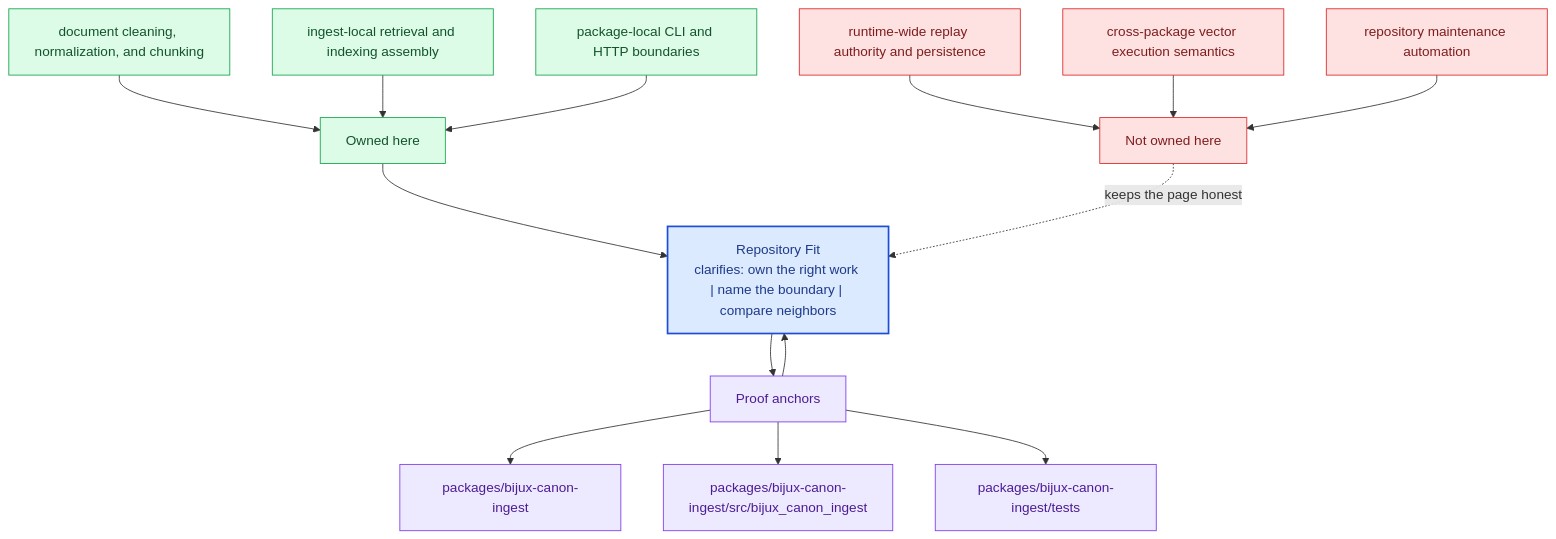
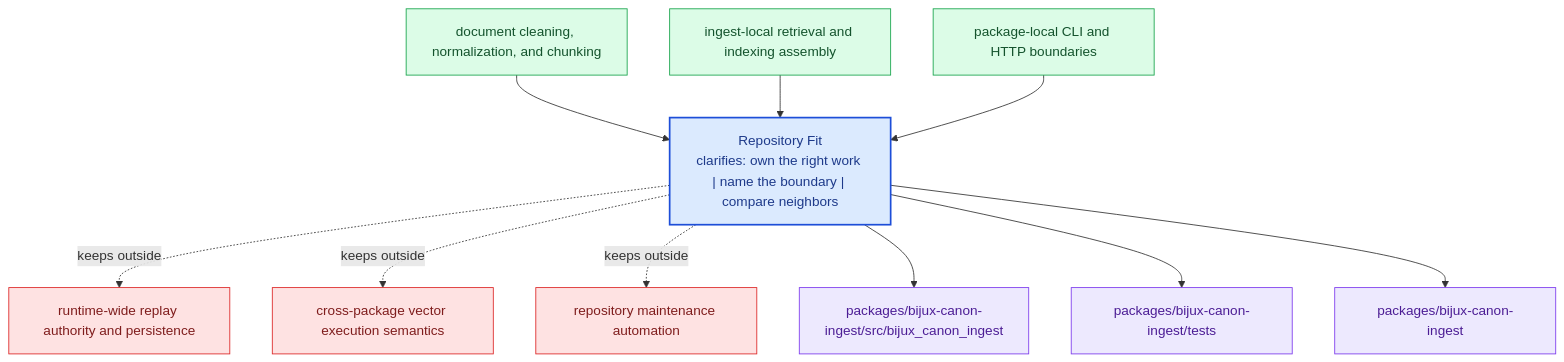
One commit to bijux/bijux-canon changed the diagram in docs/bijux-canon-ingest/foundation/repository-fit.md. Above: the diagram before and after it, drawn with Mermaid. The commit also changed other lines of this file and 281 other files, not shown here.

Commit message:
docs(diagrams): replace repeated mermaid scaffolds with page-specific summaries

````diff
--- a/docs/bijux-canon-ingest/foundation/repository-fit.md
+++ b/docs/bijux-canon-ingest/foundation/repository-fit.md
@@ -69,40 +24,31 @@
 ```mermaid
 flowchart TB
-    promise["Repository Fit<br/>clarifies: own the right work | name the boundary | compare neighbors"]
-    classDef promise fill:#dbeafe,stroke:#1d4ed8,color:#1e3a8a,stroke-width:2px;
-    classDef driver fill:#dcfce7,stroke:#16a34a,color:#14532d;
-    classDef constraint fill:#fee2e2,stroke:#dc2626,color:#7f1d1d;
-    classDef ground fill:#ede9fe,stroke:#7c3aed,color:#4c1d95;
-    focus1["Owned here"]
-    focus1 --> promise
-    focus1_1["document cleaning, normalization, and chunking"]
-    focus1_1 --> focus1
-    focus1_2["ingest-local retrieval and indexing assembly"]
-    focus1_2 --> focus1
-    focus1_3["package-local CLI and HTTP boundaries"]
-    focus1_3 --> focus1
-    class focus1 driver;
-    class focus1_1,focus1_2,focus1_3 driver;
-    focus2["Not owned here"]
-    focus2 -.keeps the page honest.-> promise
-    focus2_1["runtime-wide replay authority and persistence"]
-    focus2_1 --> focus2
-    focus2_2["cross-package vector execution semantics"]
-    focus2_2 --> focus2
-    focus2_3["repository maintenance automation"]
-    focus2_3 --> focus2
-    class focus2 constraint;
-    class focus2_1,focus2_2,focus2_3 constraint;
-    focus3["Proof anchors"]
-    focus3 --> promise
-    promise --> focus3
-    focus3_1["packages/bijux-canon-ingest"]
-    focus3 --> focus3_1
-    focus3_2["packages/bijux-canon-ingest/src/bijux_canon_ingest"]
-    focus3 --> focus3_2
-    focus3_3["packages/bijux-canon-ingest/tests"]
-    focus3 --> focus3_3
-    class focus3 ground;
-    class focus3_1,focus3_2,focus3_3 ground;
-    class promise promise;
+    page["Repository Fit<br/>clarifies: own the right work | name the boundary | compare neighbors"]
+    classDef page fill:#dbeafe,stroke:#1d4ed8,color:#1e3a8a,stroke-width:2px;
+    classDef positive fill:#dcfce7,stroke:#16a34a,color:#14532d;
+    classDef caution fill:#fee2e2,stroke:#dc2626,color:#7f1d1d;
+    classDef anchor fill:#ede9fe,stroke:#7c3aed,color:#4c1d95;
+    classDef action fill:#fef3c7,stroke:#d97706,color:#7c2d12;
+    own1["document cleaning, normalization, and chunking"]
+    own1 --> page
+    own2["ingest-local retrieval and indexing assembly"]
+    own2 --> page
+    own3["package-local CLI and HTTP boundaries"]
+    own3 --> page
+    limit1["runtime-wide replay authority and persistence"]
+    page -.keeps outside.-> limit1
+    limit2["cross-package vector execution semantics"]
+    page -.keeps outside.-> limit2
+    limit3["repository maintenance automation"]
+    page -.keeps outside.-> limit3
+    anchor1["packages/bijux-canon-ingest/src/bijux_canon_ingest"]
+    page --> anchor1
+    anchor2["packages/bijux-canon-ingest/tests"]
+    page --> anchor2
+    anchor3["packages/bijux-canon-ingest"]
+    page --> anchor3
+    class page page;
+    class own1,own2,own3 positive;
+    class limit1,limit2,limit3 caution;
+    class anchor1,anchor2,anchor3 anchor;
 ```
````
